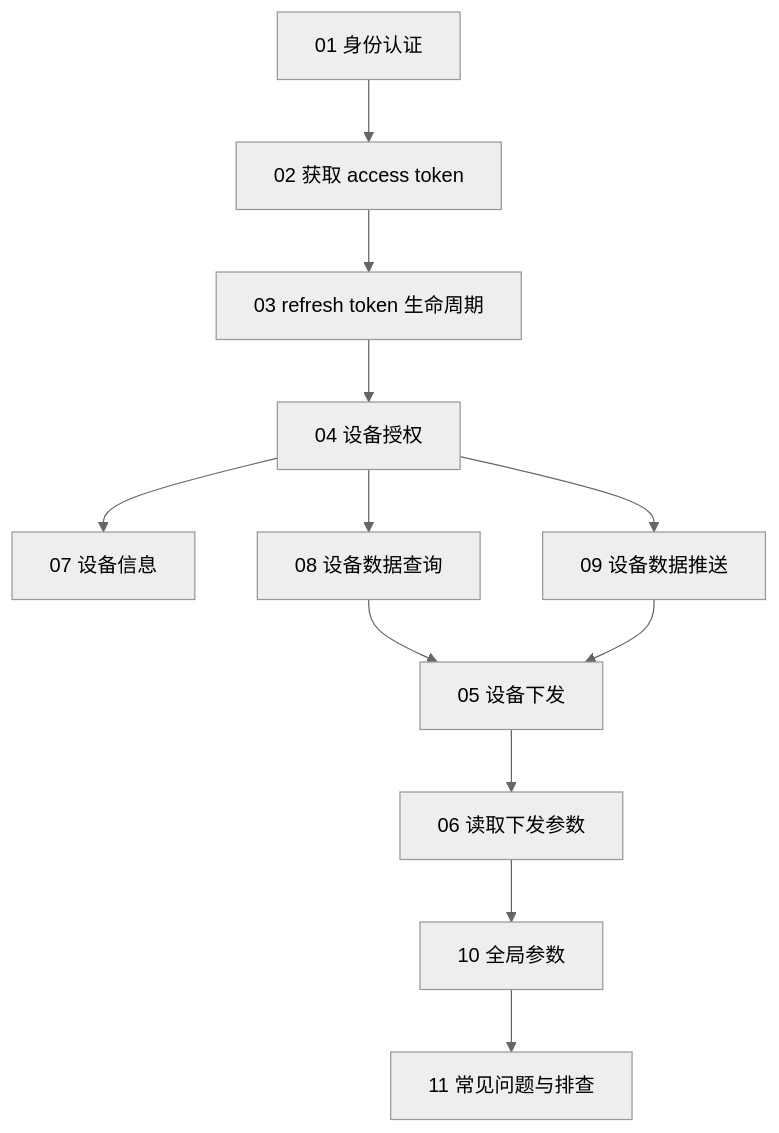
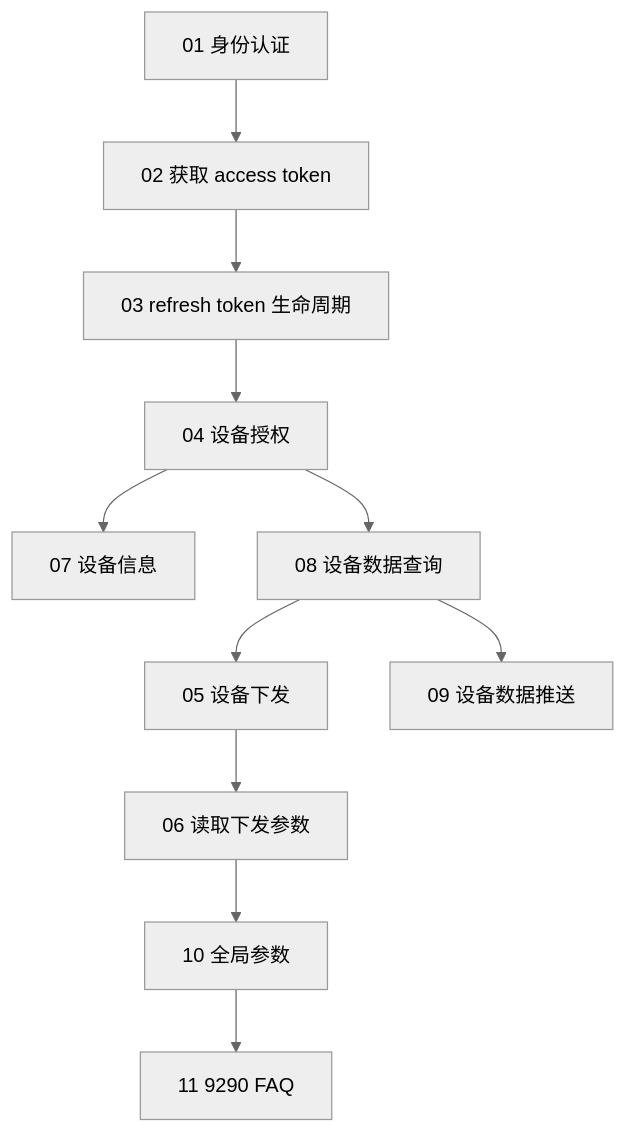
The diagram in Growatt API/OPENAPI.zh-CN/README.md (EugeneJian/growatt-unified-api), drawn with Mermaid (neutral theme) before and after one commit. The commit also changed other lines of this file and 26 other files, not shown here.

````diff
--- a/Growatt API/OPENAPI.zh-CN/README.md
+++ b/Growatt API/OPENAPI.zh-CN/README.md
@@ -9,15 +9,14 @@
 ```mermaid
 %% 本代码严格遵循AI生成Mermaid代码的终极准则v4.1（Mermaid终极大师）
 flowchart TD
     A["01 身份认证"] --> B["02 获取 access token"]
     B --> C["03 refresh token 生命周期"]
     C --> D["04 设备授权"]
     D --> E["07 设备信息"]
     D --> F["08 设备数据查询"]
-    D --> G["09 设备数据推送"]
-    F --> H["05 设备下发"]
-    H --> I["06 读取下发参数"]
-    G --> H
-    I --> J["10 全局参数"]
-    J --> K["11 常见问题与排查"]
+    F --> G["05 设备下发"]
+    G --> H["06 读取下发参数"]
+    F --> I["09 设备数据推送"]
+    H --> J["10 全局参数"]
+    J --> K["11 9290 FAQ"]
 ```
````
